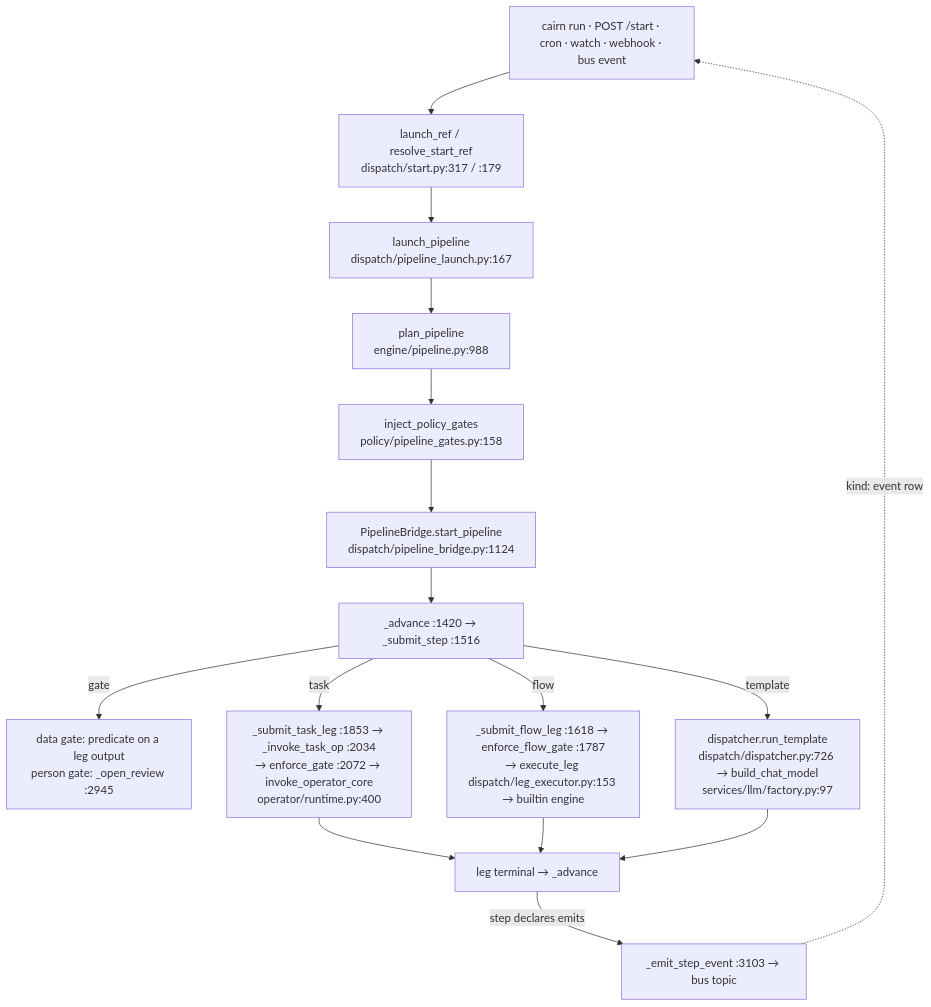
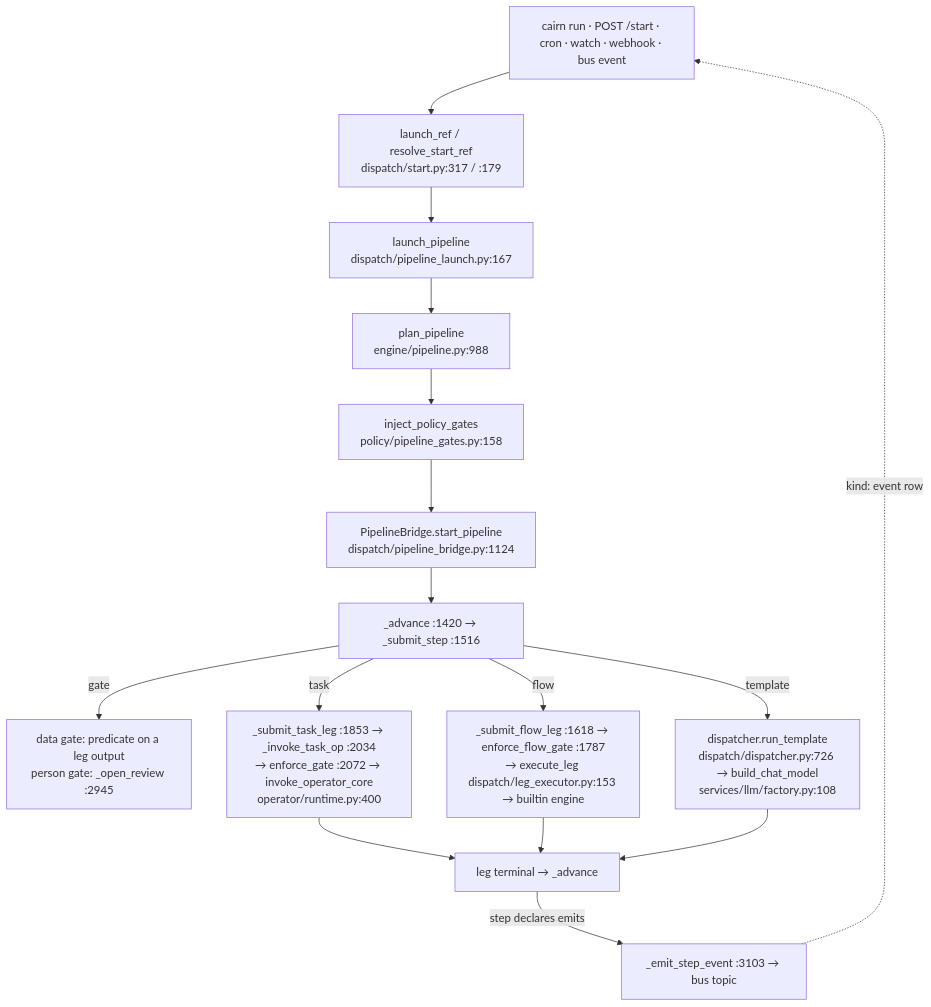
The diagram in docs/golden-paths/hello.md (cairndev-sh/cairn), drawn with Mermaid before and after one commit. The commit also changed 27 other files, not shown here.

First line of the commit message:
fix(budget): a template's model calls stop at the cap, and the run fails

````diff
--- a/docs/golden-paths/hello.md
+++ b/docs/golden-paths/hello.md
@@ -34,16 +34,16 @@
 ```mermaid
 flowchart TD
   A[cairn run · POST /start · cron · watch · webhook · bus event] --> B[launch_ref / resolve_start_ref<br/>dispatch/start.py:317 / :179]
   B --> C[launch_pipeline<br/>dispatch/pipeline_launch.py:167]
   C --> D[plan_pipeline<br/>engine/pipeline.py:988]
   D --> E[inject_policy_gates<br/>policy/pipeline_gates.py:158]
   E --> F[PipelineBridge.start_pipeline<br/>dispatch/pipeline_bridge.py:1124]
   F --> G[_advance :1420 → _submit_step :1516]
   G -->|gate| G1[data gate: predicate on a leg output<br/>person gate: _open_review :2945]
   G -->|task| G2[_submit_task_leg :1853 → _invoke_task_op :2034<br/>→ enforce_gate :2072 → invoke_operator_core<br/>operator/runtime.py:400]
   G -->|flow| G3[_submit_flow_leg :1618 → enforce_flow_gate :1787<br/>→ execute_leg dispatch/leg_executor.py:153 → builtin engine]
-  G -->|template| G4[dispatcher.run_template<br/>dispatch/dispatcher.py:726 → build_chat_model<br/>services/llm/factory.py:97]
+  G -->|template| G4[dispatcher.run_template<br/>dispatch/dispatcher.py:726 → build_chat_model<br/>services/llm/factory.py:108]
   G2 & G3 & G4 --> H[leg terminal → _advance]
   H -->|step declares emits| I[_emit_step_event :3103 → bus topic]
   I -.->|kind: event row| A
 ```
````
